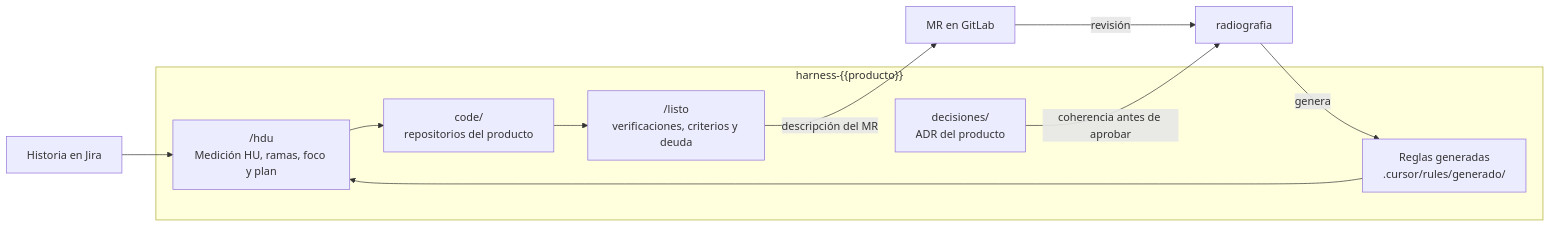
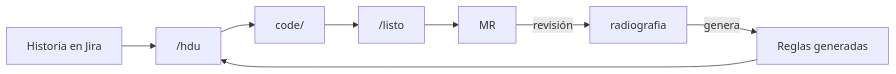
One commit to dambustamante/rad changed the diagram in herramientas/plantilla_harness/README.md. Above: the diagram before and after it, drawn with Mermaid. The commit also changed other lines of this file and 1 other file, not shown here.

Commit message:
README de radiografia y del harness: cortos y claros

````diff
--- a/herramientas/plantilla_harness/README.md
+++ b/herramientas/plantilla_harness/README.md
@@ -27,24 +7,5 @@
 ```mermaid
 flowchart LR
-    JIRA["Historia en Jira"]
-    RAD["radiografia"]
-
-    subgraph HAR["harness-{{producto}}"]
-        REGLAS["Reglas generadas<br/>.cursor/rules/generado/"]
-        HDU["/hdu<br/>Medición HU, ramas, foco y plan"]
-        CODE["code/<br/>repositorios del producto"]
-        LISTO["/listo<br/>verificaciones, criterios y deuda"]
-        ADR["decisiones/<br/>ADR del producto"]
-    end
-
-    MR["MR en GitLab"]
-
-    RAD -->|genera| REGLAS
-    JIRA --> HDU
-    REGLAS --> HDU
-    HDU --> CODE
-    CODE --> LISTO
-    LISTO -->|descripción del MR| MR
-    MR -->|revisión| RAD
-    ADR -->|coherencia antes de aprobar| RAD
+    JIRA["Historia en Jira"] --> HDU
+    RAD["radiografia"] -->|genera| REGLAS["Reglas generadas"] --> HDU["/hdu"] --> CODE["code/"] --> LISTO["/listo"] --> MR["MR"] -->|revisión| RAD
 ```
````
